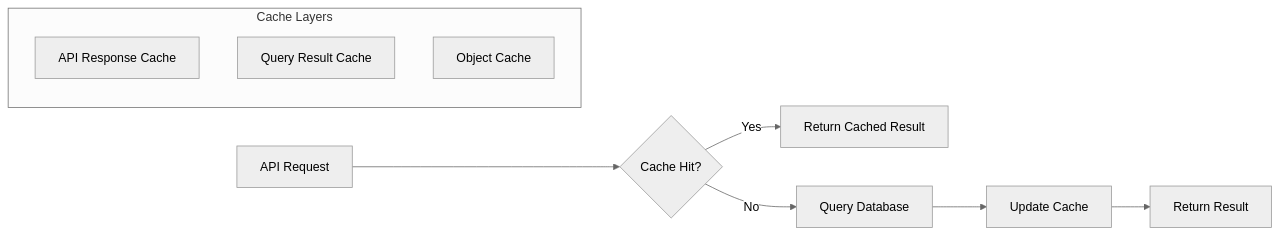
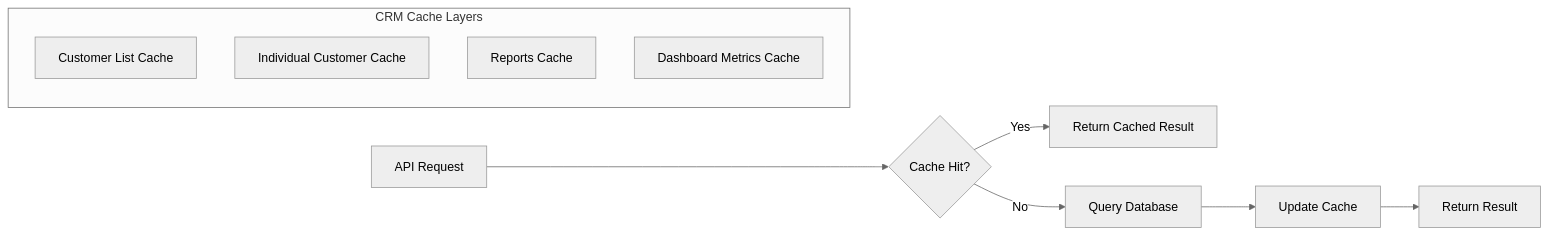
One commit to philkunz/fargate changed the fifth of 10 diagrams in architecture/data.md. Above: the diagram before and after it, drawn with Mermaid (neutral theme). The commit also changed other lines of this file and 11 other files, not shown here.

Commit message:
feat(documentation): Revamp Zebros CRM serverless architecture documentation with updated diagrams, expanded API, authentication, long-running tasks, data storage, and scaling details

````diff
--- a/architecture/data.md
+++ b/architecture/data.md
@@ -130,14 +182,15 @@
 ```mermaid
 flowchart LR
     Client[API Request] --> CacheCheck{Cache Hit?}
     CacheCheck -->|Yes| CacheResponse[Return Cached Result]
     CacheCheck -->|No| DBQuery[Query Database]
     DBQuery --> UpdateCache[Update Cache]
     UpdateCache --> Response[Return Result]
     
-    subgraph "Cache Layers"
-        L1[API Response Cache]
-        L2[Query Result Cache]
-        L3[Object Cache]
+    subgraph "CRM Cache Layers"
+        L1[Customer List Cache]
+        L2[Individual Customer Cache]
+        L3[Reports Cache]
+        L4[Dashboard Metrics Cache]
     end
 ```
````
